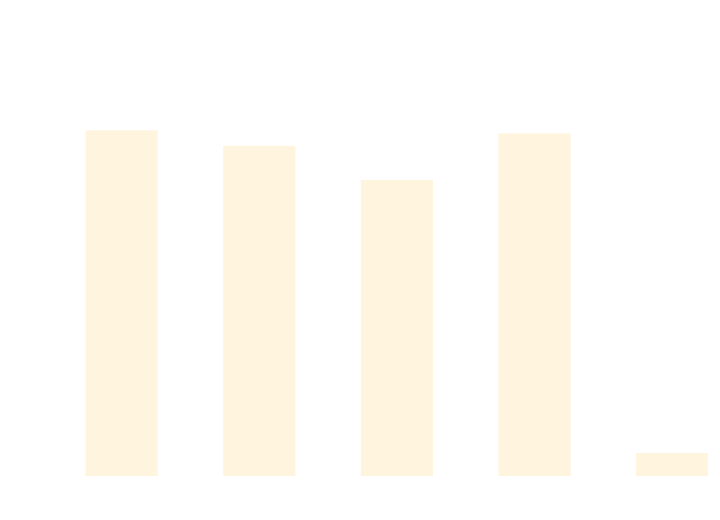
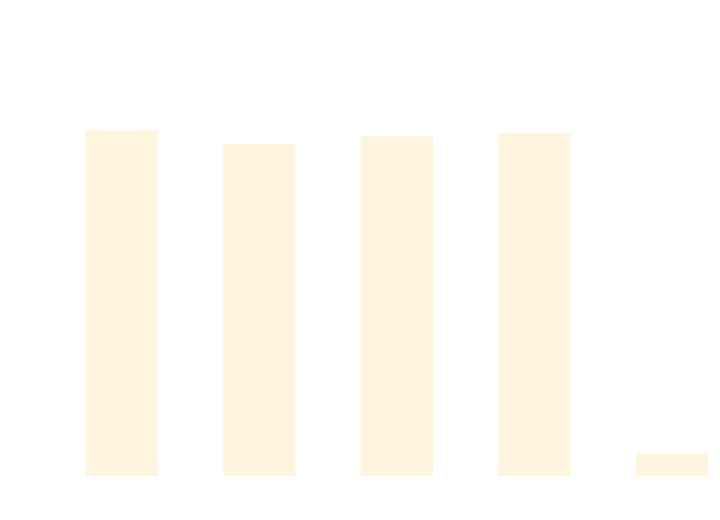
Before and after one commit to thomhurst/TUnit: the diagram in docs/docs/benchmarks/DataDrivenTests.md, drawn with Mermaid. The commit also changed other lines of this file and 17 other files, not shown here.

````diff
--- a/docs/docs/benchmarks/DataDrivenTests.md
+++ b/docs/docs/benchmarks/DataDrivenTests.md
@@ -27,37 +27,37 @@
 ```mermaid
 %%{init: {
   'theme':'base',
   'themeVariables': {
     'primaryColor': '#2563eb',
     'primaryTextColor': '#ffffff',
     'primaryBorderColor': '#1e40af',
     'lineColor': '#6b7280',
     'secondaryColor': '#7c3aed',
     'tertiaryColor': '#dc2626',
     'background': '#ffffff',
     'mainBkg': '#2563eb',
     'secondBkg': '#7c3aed',
     'tertiaryBkg': '#dc2626',
     'clusterBkg': '#f3f4f6',
     'edgeLabelBackground': '#ffffff',
     'tertiaryTextColor': '#1f2937',
     'pie1': '#2563eb',
     'pie2': '#7c3aed',
     'pie3': '#dc2626',
     'pie4': '#f59e0b',
     'pie5': '#10b981',
     'pie6': '#06b6d4',
     'pie7': '#ec4899',
     'pie8': '#6366f1',
     'pie9': '#84cc16',
     'pie10': '#f97316',
     'pie11': '#14b8a6',
     'pie12': '#a855f7'
   }
 }}%%
 xychart-beta
   title "DataDrivenTests Performance Comparison"
   x-axis ["TUnit", "NUnit", "MSTest", "xUnit3", "TUnit_AOT"]
-  y-axis "Time (ms)" 0 --> 696
-  bar [579.38, 552.71, 494.36, 574.18, 24.88]
+  y-axis "Time (ms)" 0 --> 754
+  bar [628.1, 601.79, 616.33, 622.53, 26.01]
 ```
````
